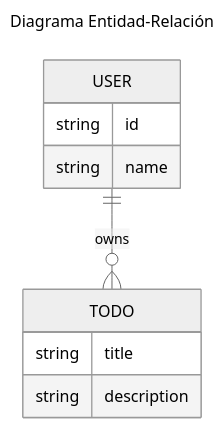
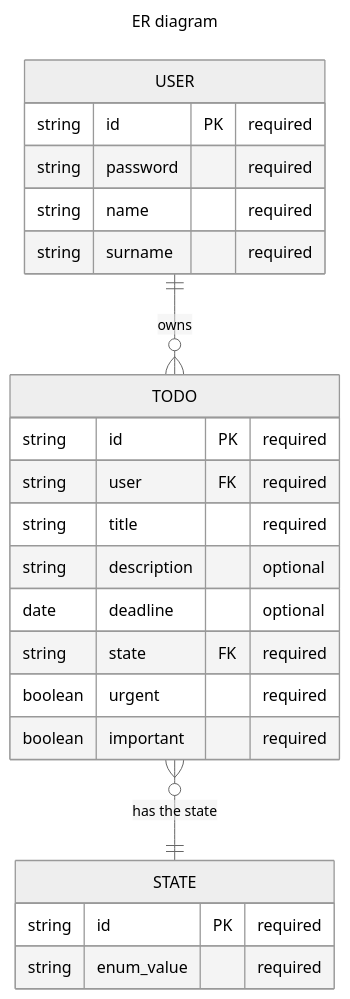
One commit to GabrielRGBQ/todos-gabriel changed the diagram in diagrams/er_diagram.mmd. Above: the diagram before and after it, drawn with Mermaid (neutral theme). The commit also changed 2 other files, not shown here.

Commit message:
Refine ER diagram and switch README.txt to English

```diff
--- a/diagrams/er_diagram.mmd
+++ b/diagrams/er_diagram.mmd
@@ -1,13 +1,26 @@
 ---
-title: Diagrama Entidad-Relación
+title: ER diagram
 ---
 erDiagram
     TODO {
-        string title
-        string description
+        string id PK "required"
+        string user FK "required"
+        string title "required"
+        string description "optional"
+        date deadline "optional"
+        string state FK "required"
+        boolean urgent "required"
+        boolean important "required"
     }
     USER ||--o{ TODO : owns
     USER {
-        string id 
-        string name
+        string id PK "required"
+        string password "required"
+        string name "required"
+        string surname "required"
     }
+    TODO }o--|| STATE : "has the state"
+    STATE {
+        string id PK "required"
+        string enum_value "required"
+    }
```
